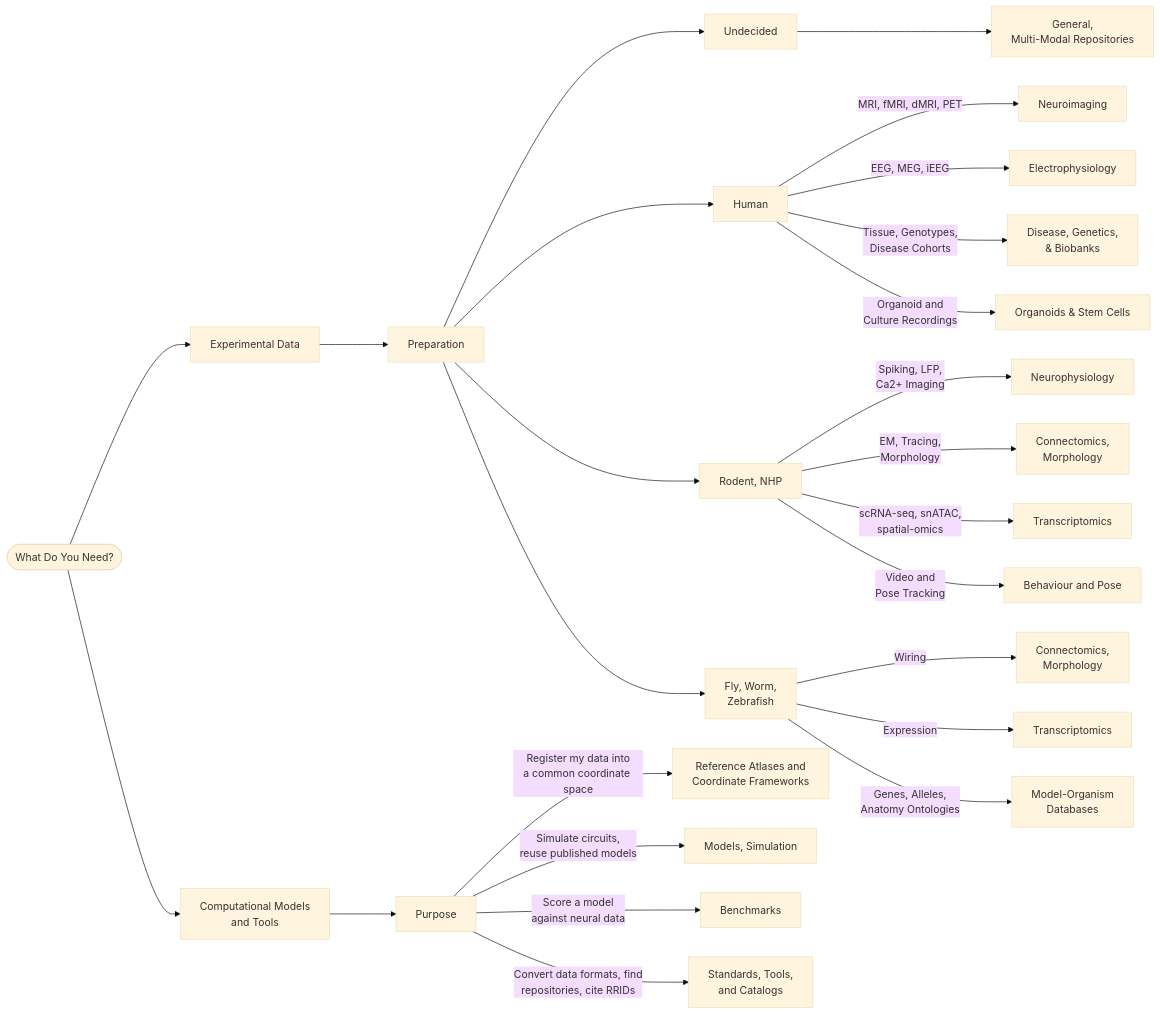
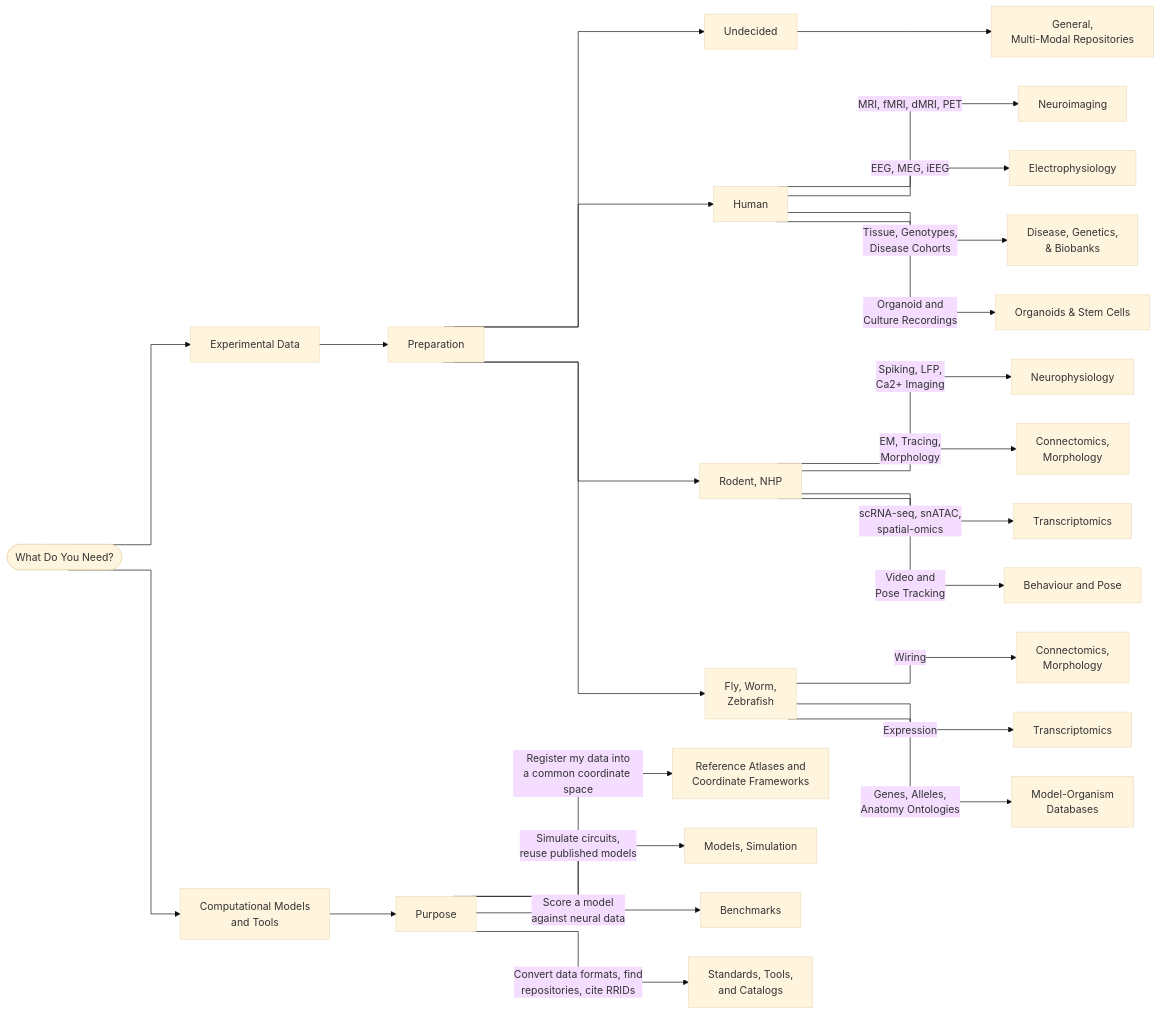
The diagram in docs/index.md (lauramedlock/neuroarchives), drawn with Mermaid (base theme) before and after one commit.

Commit message:
Update mermaid flowchart initialization settings

````diff
--- a/docs/index.md
+++ b/docs/index.md
@@ -41,35 +41,35 @@
 ```mermaid
-%%{init: {"flowchart": {"useMaxWidth": true, "rankSpacing": 90, "nodeSpacing": 45}} }%%
+%%{init: {"flowchart": {"curve":"stepAfter", "useMaxWidth": true, "rankSpacing": 90, "nodeSpacing": 45}} }%%
 flowchart LR
     START([What Do You Need?])
     START --> EXP[Experimental Data]
     START --> MOD[Computational Models<br>and Tools]
 
     EXP --> PREP[Preparation]
     PREP -->GEN[Undecided]
     PREP -->HU[Human]
     PREP -->RO[Rodent, NHP]
     PREP -->INV[Fly, Worm,<br>Zebrafish]
 
     HU -->|MRI, fMRI, dMRI, PET| E1[Neuroimaging]
     HU -->|EEG, MEG, iEEG| E2[Electrophysiology]
     HU -->|Tissue, Genotypes,<br>Disease Cohorts| E3[Disease, Genetics,<br>& Biobanks]
     HU -->|Organoid and<br>Culture Recordings| E4[Organoids & Stem Cells]
 
     RO -->|Spiking, LFP,<br>Ca2+ Imaging| E5[Neurophysiology] 
     RO -->|EM, Tracing,<br>Morphology| E6[Connectomics, <br> Morphology]
     RO -->|scRNA-seq, snATAC,<br>spatial-omics| E7[Transcriptomics]
     RO -->|Video and<br>Pose Tracking| E8[Behaviour and Pose]
 
     INV -->|Wiring| E6b[Connectomics,<br>Morphology]
     INV -->|Expression| E7b[Transcriptomics]
     INV -->|Genes, Alleles,<br>Anatomy Ontologies| E9[Model-Organism<br>Databases]
 
     GEN -->E10[General,<br> Multi-Modal Repositories]
 
     MOD --> PURPOSE[Purpose]
     PURPOSE -->|Register my data into<br>a common coordinate space| M1[Reference Atlases and<br>Coordinate Frameworks]
     PURPOSE -->|Simulate circuits,<br>reuse published models| M2[Models, Simulation]
     PURPOSE -->|Score a model<br>against neural data| M4[Benchmarks]
     PURPOSE -->|Convert data formats, find<br>repositories, cite RRIDs| M3[Standards, Tools,<br>and Catalogs]
 ```
````
